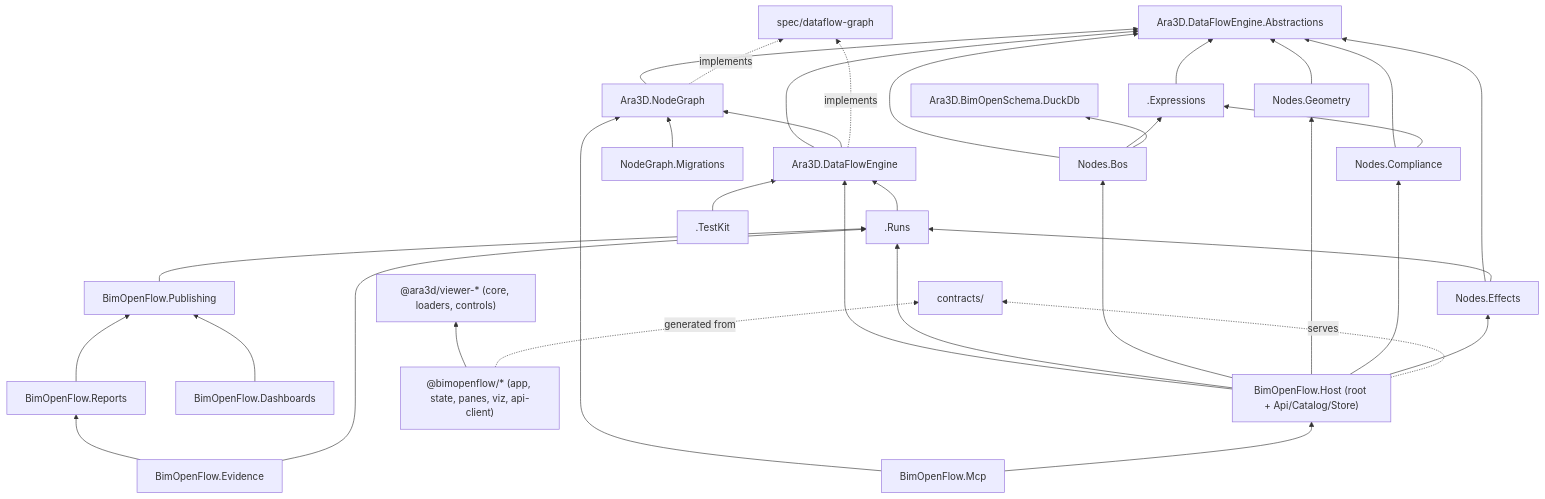
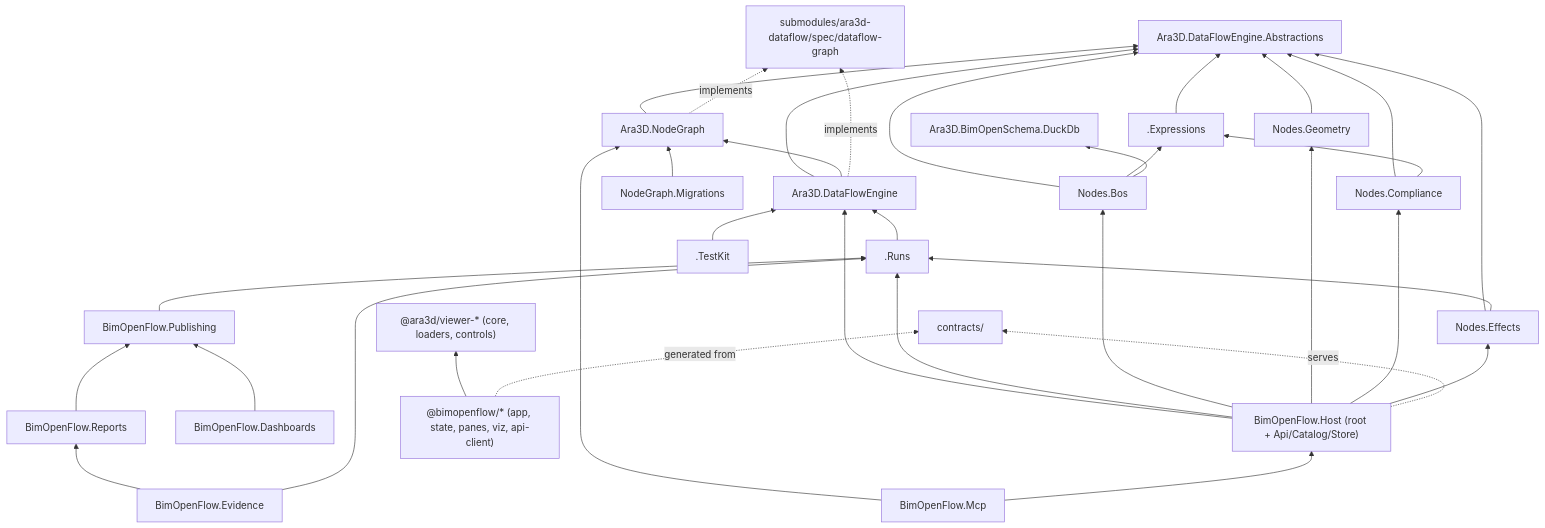
Before and after one commit to ara3d/bim-open-toolkit: the diagram in docs/bimopenflow-structure.md, drawn with Mermaid. The commit also changed other lines of this file and 206 other files, not shown here.

First line of the commit message:
refactor: move the dataflow engine and node graph into the ara3d-dataflow submodule

````diff
--- a/docs/bimopenflow-structure.md
+++ b/docs/bimopenflow-structure.md
@@ -361,59 +361,59 @@
 ```mermaid
 graph BT
-  spec[spec/dataflow-graph]
+  spec[submodules/ara3d-dataflow/spec/dataflow-graph]
   contracts[contracts/]
   ABS[Ara3D.DataFlowEngine.Abstractions]
   NG[Ara3D.NodeGraph]
   ENG[Ara3D.DataFlowEngine]
   EXP[.Expressions]
   RUNS[.Runs]
   TK[.TestKit]
   MIG[NodeGraph.Migrations]
   DUCK[Ara3D.BimOpenSchema.DuckDb]
   BOS[Nodes.Bos]
   GEO[Nodes.Geometry]
   CMP[Nodes.Compliance]
   EFF[Nodes.Effects]
   HOST["BimOpenFlow.Host (root + Api/Catalog/Store)"]
   MCP[BimOpenFlow.Mcp]
   PUB[BimOpenFlow.Publishing]
   DASH[BimOpenFlow.Dashboards]
   REP[BimOpenFlow.Reports]
   EVID[BimOpenFlow.Evidence]
   VIEW["@ara3d/viewer-* (core, loaders, controls)"]
   WEB["@bimopenflow/* (app, state, panes, viz, api-client)"]
 
   NG --> ABS
   ENG --> ABS
   ENG --> NG
   EXP --> ABS
   RUNS --> ENG
   TK --> ENG
   MIG --> NG
   BOS --> ABS
   BOS --> EXP
   BOS --> DUCK
   GEO --> ABS
   CMP --> ABS
   CMP --> EXP
   EFF --> ABS
   EFF --> RUNS
   HOST --> ENG
   HOST --> RUNS
   HOST --> BOS
   HOST --> GEO
   HOST --> CMP
   HOST --> EFF
   MCP --> NG
   MCP --> HOST
   PUB --> RUNS
   DASH --> PUB
   REP --> PUB
   EVID --> REP
   EVID --> RUNS
   WEB --> VIEW
   NG -. implements .-> spec
   ENG -. implements .-> spec
   HOST -. serves .-> contracts
   WEB -. generated from .-> contracts
 ```
````
